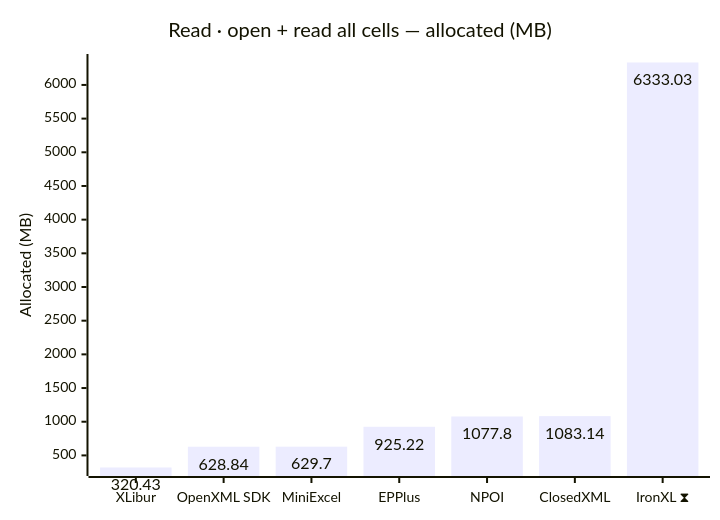
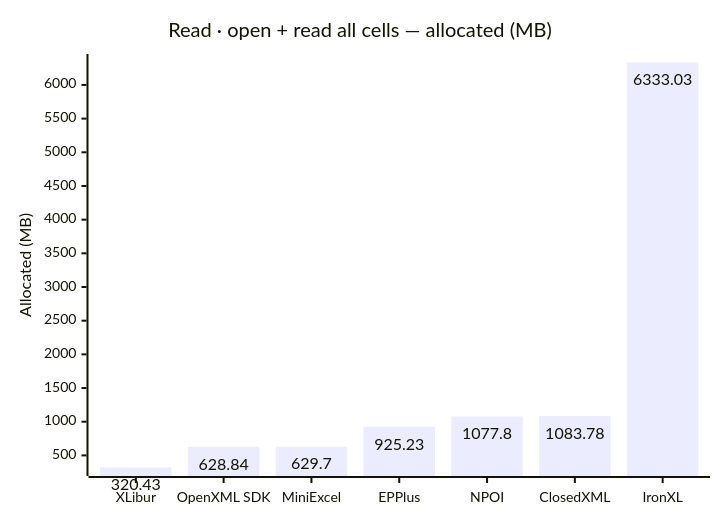
Before and after one commit to jafin/XLBench: the fourth of 12 diagrams in docs/results.md, drawn with Mermaid. The commit also changed other lines of this file and 2 other files, not shown here.

````diff
--- a/docs/results.md
+++ b/docs/results.md
@@ -78,12 +74,12 @@
 ```mermaid
 ---
 config:
   xyChart:
     showDataLabel: true
 ---
 xychart-beta
     title "Read · open + read all cells — allocated (MB)"
-    x-axis ["XLibur", "OpenXML SDK", "MiniExcel", "EPPlus", "NPOI", "ClosedXML", "IronXL ⧗"]
+    x-axis ["XLibur", "OpenXML SDK", "MiniExcel", "EPPlus", "NPOI", "ClosedXML", "IronXL"]
     y-axis "Allocated (MB)"
-    bar [320.43, 628.84, 629.7, 925.22, 1077.8, 1083.14, 6333.03]
+    bar [320.43, 628.84, 629.7, 925.23, 1077.8, 1083.78, 6333.03]
 ```
````
